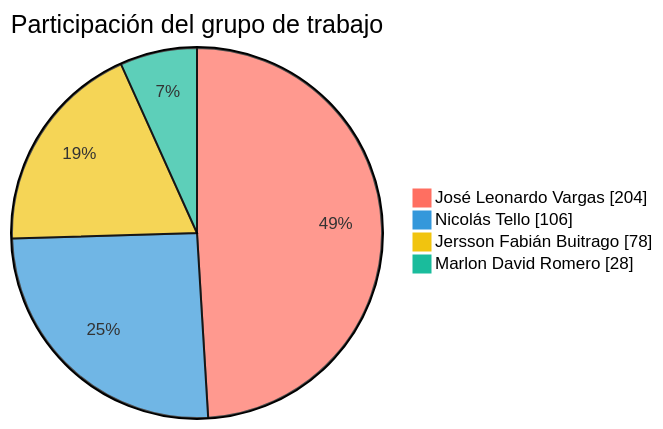
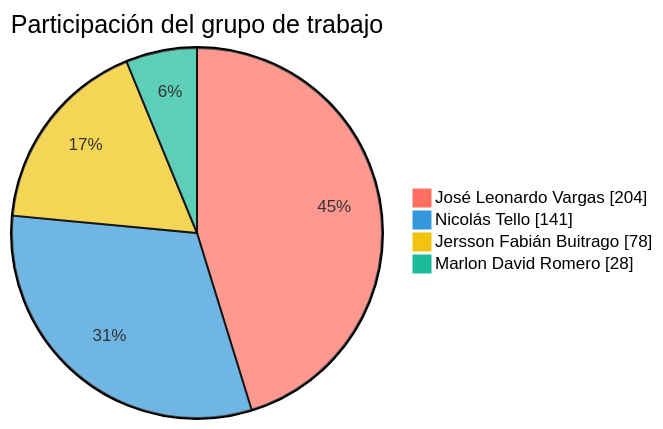
The first of 2 diagrams in README.md (FarmaExpres/FarmaExpres), drawn with Mermaid before and after one commit. The commit also changed other lines of this file and 1 other file, not shown here.

````diff
--- a/README.md
+++ b/README.md
@@ -389,9 +389,9 @@
 ```mermaid
 %%{init: {"themeVariables": {"pie1": "#ff6f61", "pie2": "#3498db", "pie3": "#f1c40f", "pie4": "#1abc9c", "pieLabelColor": "#000000", "pieLabelFontSize": "24px", "pieLabelFontWeight": "700"}}}%%
 pie showData
     title Participación del grupo de trabajo
     "José Leonardo Vargas" : 204
-    "Nicolás Tello" : 106
+    "Nicolás Tello" : 141
     "Jersson Fabián Buitrago" : 78
     "Marlon David Romero" : 28
 ```
````
